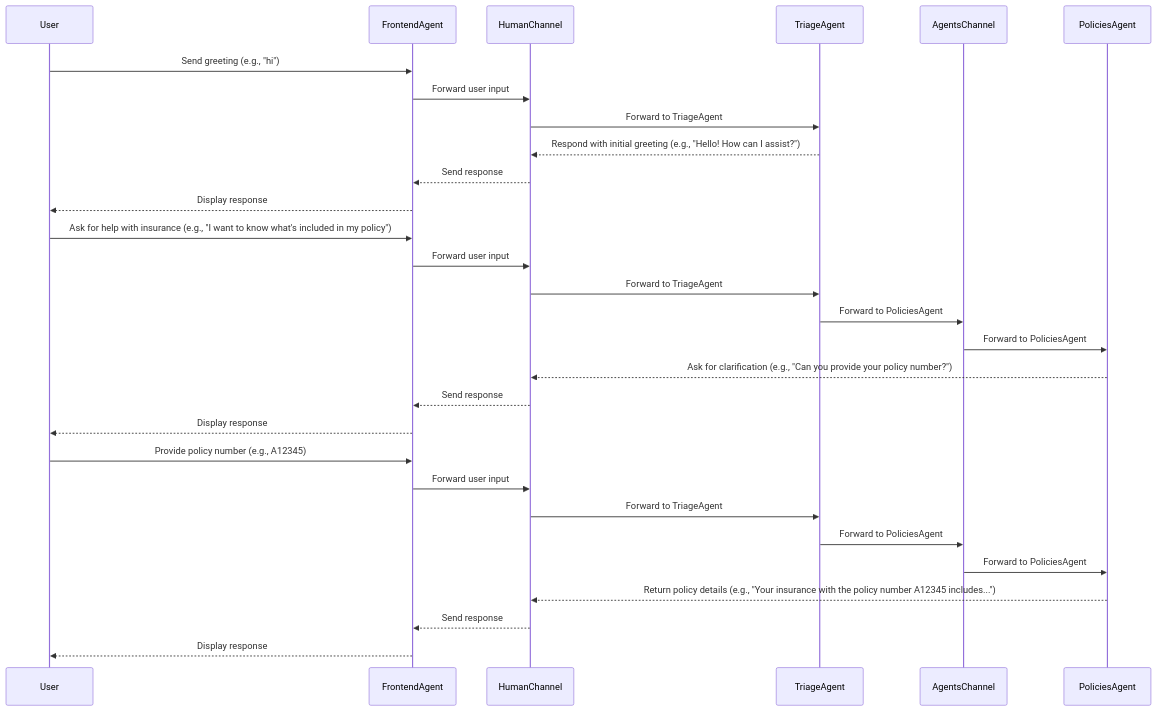
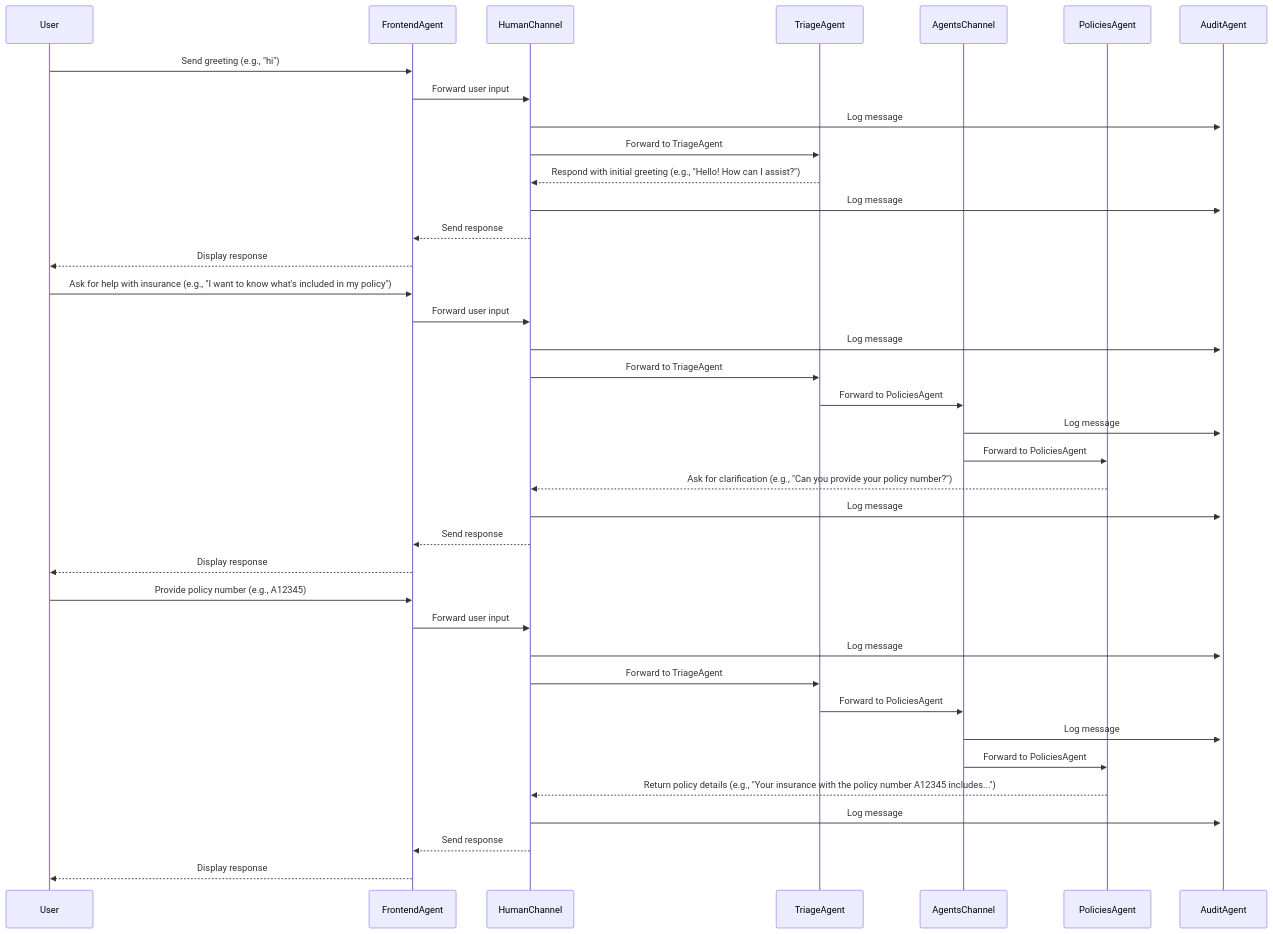
The diagram in examples/multi_agent_human_chat/README.md (eggai-tech/EggAI), drawn with Mermaid before and after one commit. The commit also changed other lines of this file and 6 other files, not shown here.

Commit message:
chore: enhance audit agent with tracing, error handling, and tests

````diff
--- a/examples/multi_agent_human_chat/README.md
+++ b/examples/multi_agent_human_chat/README.md
@@ -71,34 +71,43 @@
 ```mermaid
 sequenceDiagram
     participant User
     participant FrontendAgent
     participant HumanChannel
     participant TriageAgent
     participant AgentsChannel
     participant PoliciesAgent
+    participant AuditAgent
 
     User->>FrontendAgent: Send greeting (e.g., "hi")
     FrontendAgent->>HumanChannel: Forward user input
+    HumanChannel->>+AuditAgent: Log message
     HumanChannel->>TriageAgent: Forward to TriageAgent
     TriageAgent-->>HumanChannel: Respond with initial greeting (e.g., "Hello! How can I assist?")
+    HumanChannel->>+AuditAgent: Log message
     HumanChannel-->>FrontendAgent: Send response
     FrontendAgent-->>User: Display response
 
     User->>FrontendAgent: Ask for help with insurance (e.g., "I want to know what's included in my policy")
     FrontendAgent->>HumanChannel: Forward user input
+    HumanChannel->>+AuditAgent: Log message
     HumanChannel->>TriageAgent: Forward to TriageAgent
     TriageAgent->>AgentsChannel: Forward to PoliciesAgent
+    AgentsChannel->>+AuditAgent: Log message
     AgentsChannel->>PoliciesAgent: Forward to PoliciesAgent
     PoliciesAgent-->>HumanChannel: Ask for clarification (e.g., "Can you provide your policy number?")
+    HumanChannel->>+AuditAgent: Log message
     HumanChannel-->>FrontendAgent: Send response
     FrontendAgent-->>User: Display response
 
     User->>FrontendAgent: Provide policy number (e.g., A12345)
     FrontendAgent->>HumanChannel: Forward user input
+    HumanChannel->>+AuditAgent: Log message
     HumanChannel->>TriageAgent: Forward to TriageAgent
     TriageAgent->>AgentsChannel: Forward to PoliciesAgent
+    AgentsChannel->>+AuditAgent: Log message
     AgentsChannel->>PoliciesAgent: Forward to PoliciesAgent
     PoliciesAgent-->>HumanChannel: Return policy details (e.g., "Your insurance with the policy number A12345 includes...")
+    HumanChannel->>+AuditAgent: Log message
     HumanChannel-->>FrontendAgent: Send response
     FrontendAgent-->>User: Display response
 ```
````
